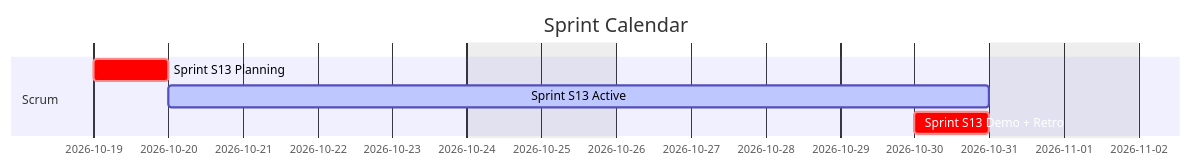
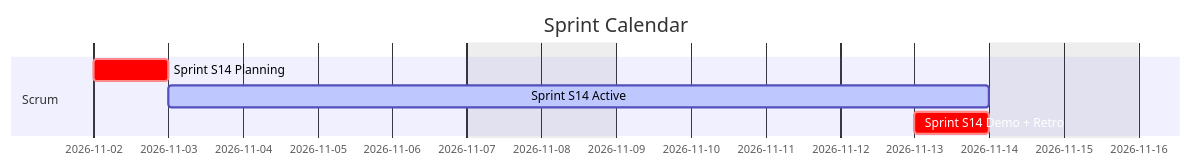
The first of 2 diagrams in docs/index.md (Katty-Fashion/kf-cpto), drawn with Mermaid before and after one commit. The commit also changed 15 other files, not shown here.

````diff
--- a/docs/index.md
+++ b/docs/index.md
@@ -61,11 +61,11 @@
 ```mermaid
 gantt
     title Sprint Calendar
     dateFormat YYYY-MM-DD
     excludes weekends
 
     section Scrum
-    Sprint S13 Planning        :crit, 2026-10-19, 1d
-    Sprint S13 Active          :active, 2026-10-20, 9d
-    Sprint S13 Demo + Retro    :crit, 2026-10-30, 1d
+    Sprint S14 Planning        :crit, 2026-11-02, 1d
+    Sprint S14 Active          :active, 2026-11-03, 9d
+    Sprint S14 Demo + Retro    :crit, 2026-11-13, 1d
 ```
````
